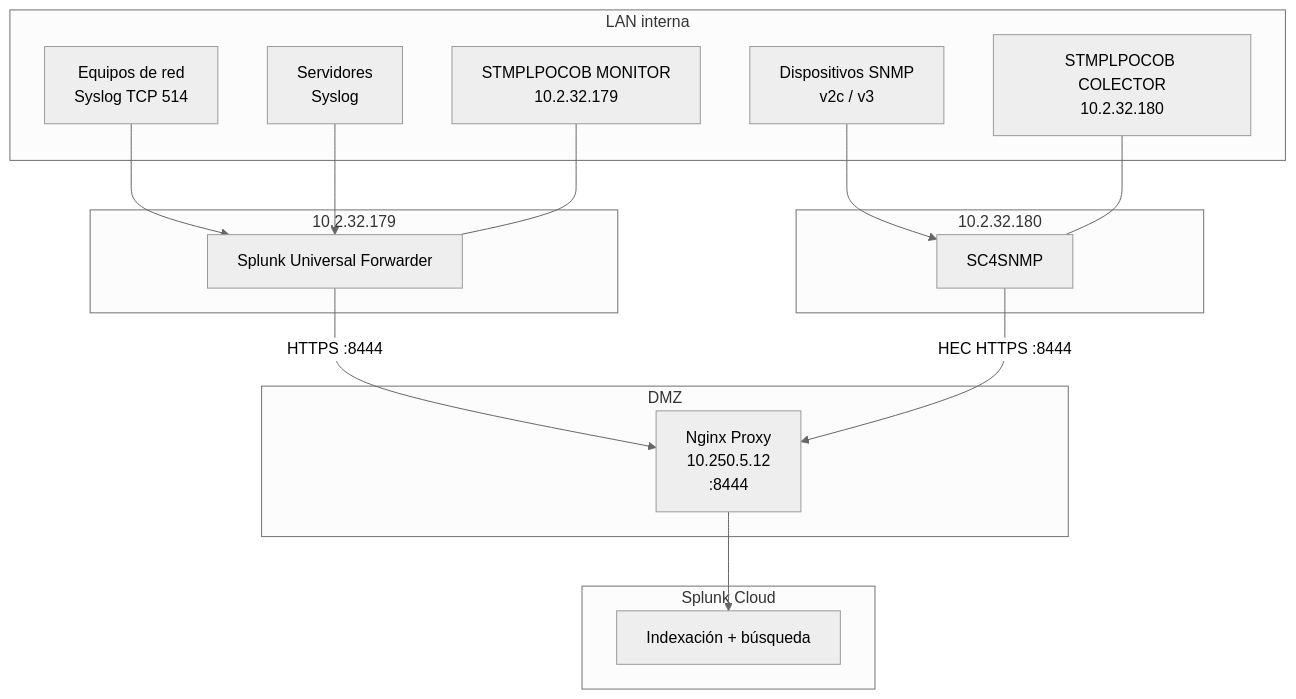
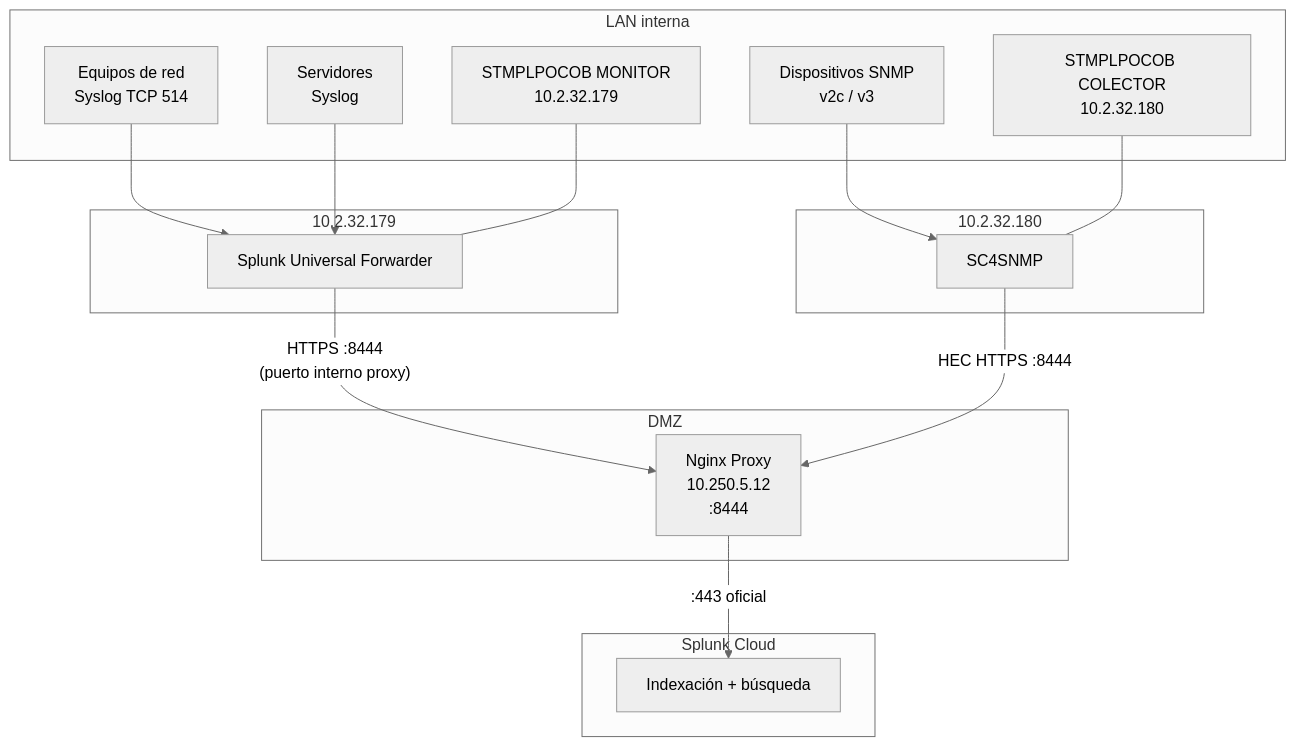
Before and after one commit to ulix1808/ICASA_Observability: the diagram in docs/05-splunk-syslog/arquitectura-splunk-cloud.md, drawn with Mermaid (neutral theme). The commit also changed other lines of this file and 3 other files, not shown here.

First line of the commit message:
Aclarar puertos Splunk: 8444 es interno del proxy, Cloud usa 443.

````diff
--- a/docs/05-splunk-syslog/arquitectura-splunk-cloud.md
+++ b/docs/05-splunk-syslog/arquitectura-splunk-cloud.md
@@ -15,35 +15,35 @@
 ```mermaid
 flowchart TB
     subgraph LAN["LAN interna"]
         DEV1["Equipos de red<br/>Syslog TCP 514"]
         DEV2["Servidores<br/>Syslog"]
         SNMP["Dispositivos SNMP<br/>v2c / v3"]
         MON["STMPLPOCOB MONITOR<br/>10.2.32.179"]
         COL["STMPLPOCOB COLECTOR<br/>10.2.32.180"]
     end
 
     subgraph MON_COMP["10.2.32.179"]
         UF["Splunk Universal Forwarder"]
     end
 
     subgraph COL_COMP["10.2.32.180"]
         SC4["SC4SNMP"]
     end
 
     subgraph DMZ["DMZ"]
         PROXY["Nginx Proxy<br/>10.250.5.12<br/>:8444"]
     end
 
     subgraph CLOUD["Splunk Cloud"]
         SC["Indexación + búsqueda"]
     end
 
     DEV1 --> UF
     DEV2 --> UF
     SNMP --> SC4
     MON --- UF
     COL --- SC4
-    UF -->|"HTTPS :8444"| PROXY
+    UF -->|"HTTPS :8444<br/>(puerto interno proxy)"| PROXY
     SC4 -->|"HEC HTTPS :8444"| PROXY
-    PROXY --> SC
+    PROXY -->|":443 oficial"| SC
 ```
````
